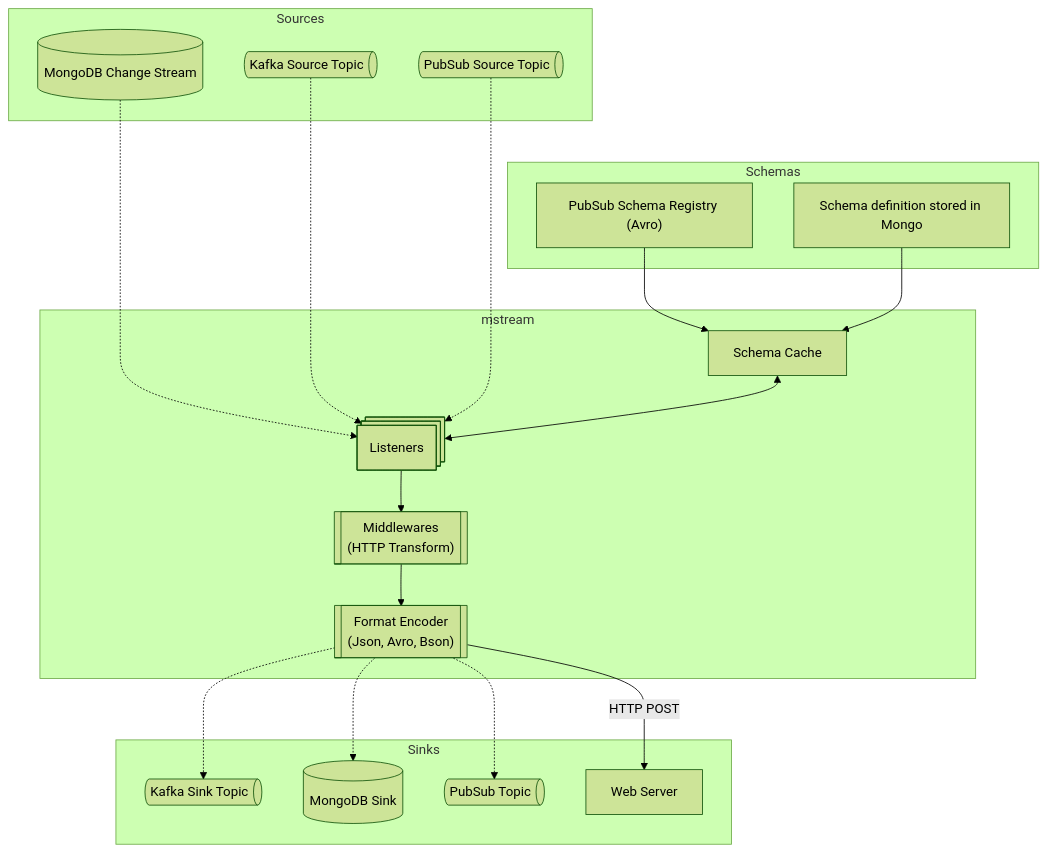
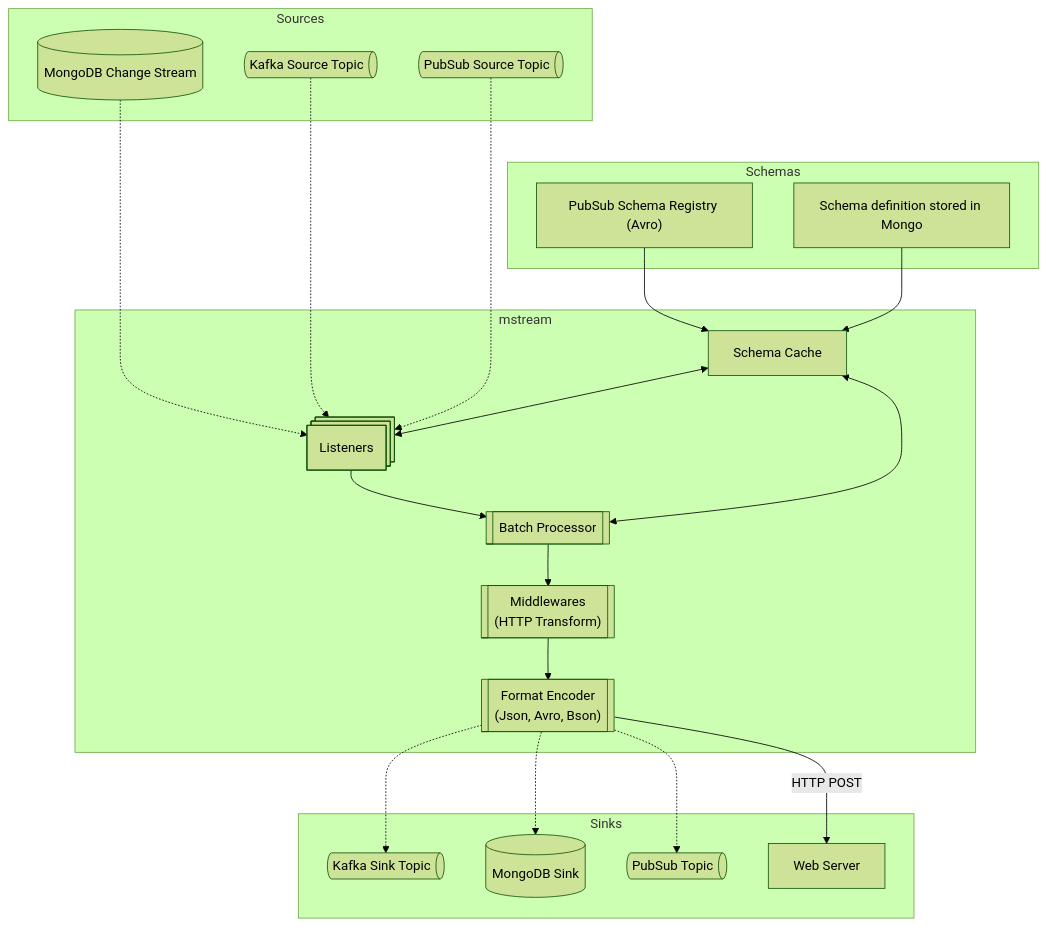
The first of 2 diagrams in README.md (makarski/mstream), drawn with Mermaid (forest theme) before and after one commit. The commit also changed other lines of this file and 1 other file, not shown here.

````diff
--- a/README.md
+++ b/README.md
@@ -42,48 +44,51 @@
 ```mermaid
 graph TB
     subgraph mstream[mstream]
         handler@{ shape: procs, label: "Listeners"}
         %% kafka_consumer[Kafka Consumer]
         schema_cache[Schema Cache]
         encoder[["`Format Encoder
         (Json, Avro, Bson)`"]]
         middleware[["`Middlewares
         (HTTP Transform)`"]]
+        batch_processor[["`Batch Processor`"]]
     end
 
     subgraph sources[Sources]
         kafka_source@{ shape: das, label: "Kafka Source Topic" }
         pubsub_source_topic@{ shape: das, label: "PubSub Source Topic" }
         mongodb_source@{shape: database, label: "MongoDB Change Stream" }
     end
 
 
     subgraph sinks[Sinks]
         kafka_sink@{ shape: das, label: "Kafka Sink Topic" }
         mongodb_target[(MongoDB Sink)]
         pubsub_sink_topic@{ shape: das, label: "PubSub Topic" }
         http_sink["Web Server"]
     end
 
 
     subgraph schemas[Schemas]
         pubsub_schema_registry@{label: "PubSub Schema Registry (Avro)" }
         mongodb_schema_storage@{label: "Schema definition stored in Mongo"}
     end
 
 
     mongodb_source -.-> handler
     kafka_source -...-> handler
     pubsub_source_topic -.-> handler
     pubsub_schema_registry --> schema_cache
     mongodb_schema_storage --> schema_cache
 
-    handler --> middleware
+    handler --> batch_processor
+    batch_processor --> middleware
     middleware --> encoder
     schema_cache <-->handler
+    schema_cache <--> batch_processor
 
     encoder -.-> mongodb_target
     encoder -.-> pubsub_sink_topic
     encoder -.-> kafka_sink
     encoder --> |HTTP POST| http_sink
 ```
````
